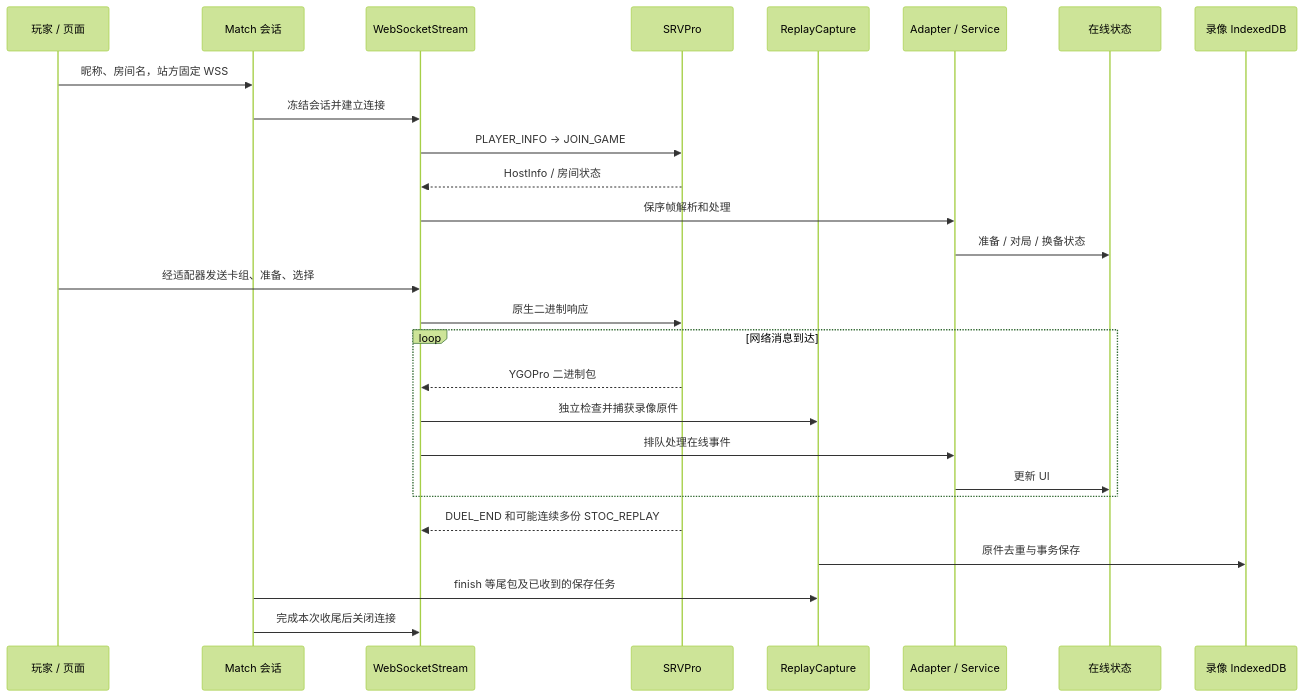
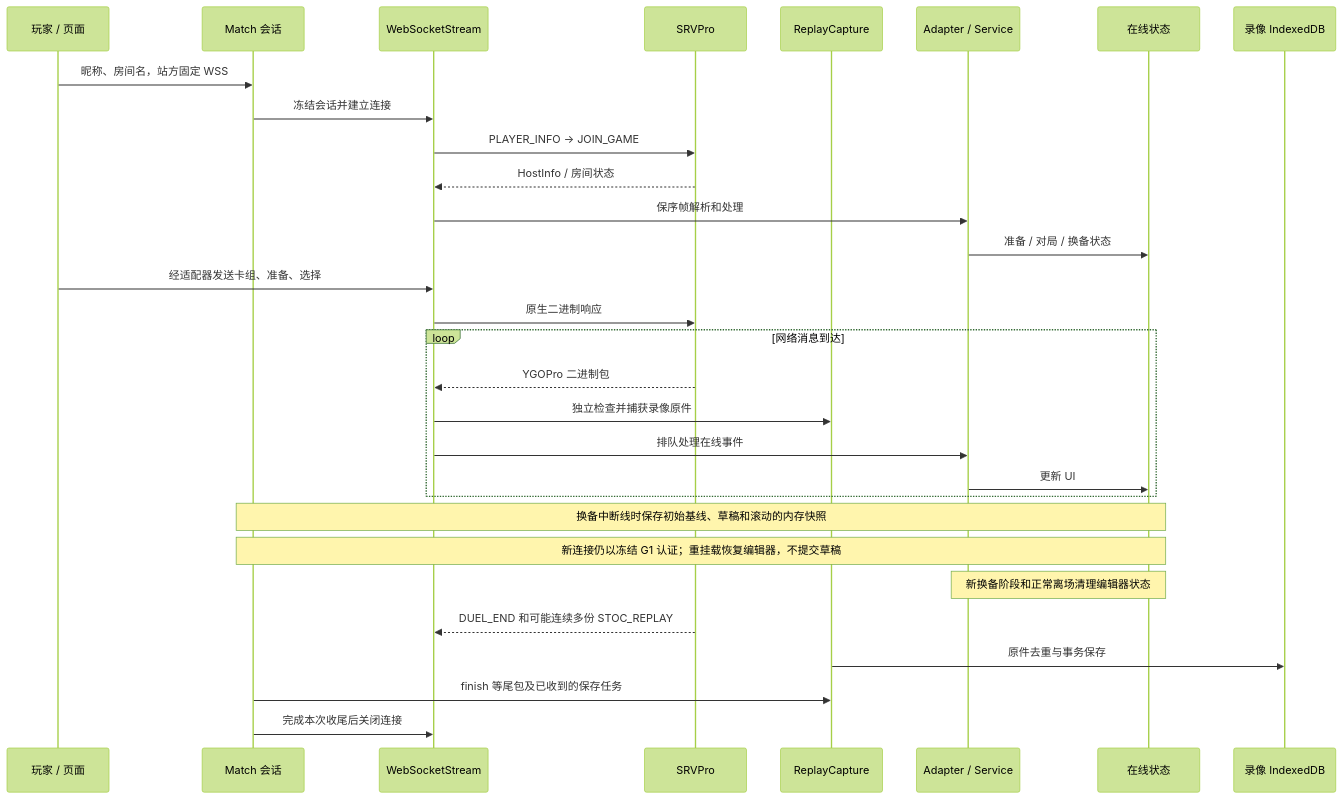
Before and after one commit to 301zrg/srvprotiantiweb: the third of 6 diagrams in docs/ARCHITECTURE.md, drawn with Mermaid (forest theme). The commit also changed other lines of this file and 13 other files, not shown here.

````diff
--- a/docs/ARCHITECTURE.md
+++ b/docs/ARCHITECTURE.md
@@ -113,29 +113,32 @@
 ```mermaid
 sequenceDiagram
   participant User as 玩家 / 页面
   participant Session as Match 会话
   participant WS as WebSocketStream
   participant Server as SRVPro
   participant Capture as ReplayCapture
   participant Service as Adapter / Service
   participant Store as 在线状态
   participant IDB as 录像 IndexedDB
   User->>Session: 昵称、房间名，站方固定 WSS
   Session->>WS: 冻结会话并建立连接
   WS->>Server: PLAYER_INFO → JOIN_GAME
   Server-->>WS: HostInfo / 房间状态
   WS->>Service: 保序帧解析和处理
   Service->>Store: 准备 / 对局 / 换备状态
   User->>WS: 经适配器发送卡组、准备、选择
   WS->>Server: 原生二进制响应
   loop 网络消息到达
     Server-->>WS: YGOPro 二进制包
     WS->>Capture: 独立检查并捕获录像原件
     WS->>Service: 排队处理在线事件
     Service->>Store: 更新 UI
   end
+  Note over Session,Store: 换备中断线时保存初始基线、草稿和滚动的内存快照
+  Note over Session,Store: 新连接仍以冻结 G1 认证；重挂载恢复编辑器，不提交草稿
+  Note over Service,Store: 新换备阶段和正常离场清理编辑器状态
   Server-->>WS: DUEL_END 和可能连续多份 STOC_REPLAY
   Capture->>IDB: 原件去重与事务保存
   Session->>Capture: finish 等尾包及已收到的保存任务
   Session->>WS: 完成本次收尾后关闭连接
 ```
````
